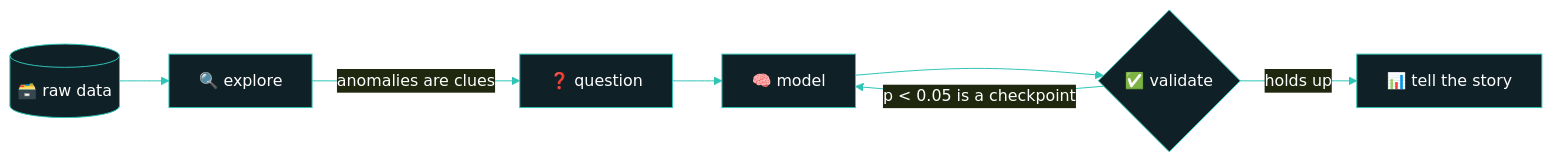
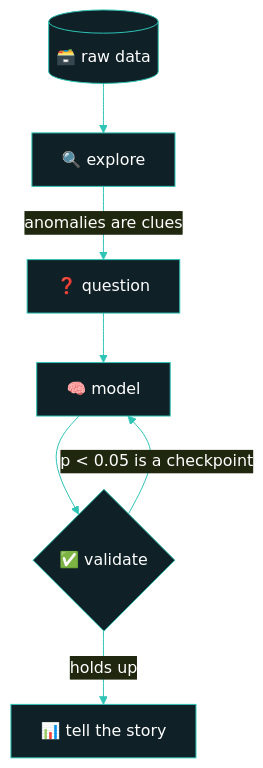
The first of 2 diagrams in README.md (AmjadAzward/AmjadAzward), drawn with Mermaid before and after one commit. The commit also changed other lines of this file, not shown here.

````diff
--- a/README.md
+++ b/README.md
@@ -46,10 +59,10 @@
 ```mermaid
 %%{init: {'theme':'base', 'themeVariables': {'primaryColor':'#0F2027','primaryTextColor':'#ffffff','primaryBorderColor':'#2EC4B6','lineColor':'#2EC4B6','fontFamily':'monospace'}}}%%
-flowchart LR
+flowchart TB
     A[("🗃️ raw data")] --> B["🔍 explore"]
     B -->|"anomalies are clues"| C["❓ question"]
     C --> D["🧠 model"]
     D --> E{"✅ validate"}
     E -->|"p < 0.05 is a checkpoint"| D
     E -->|"holds up"| F["📊 tell the story"]
 ```
````
